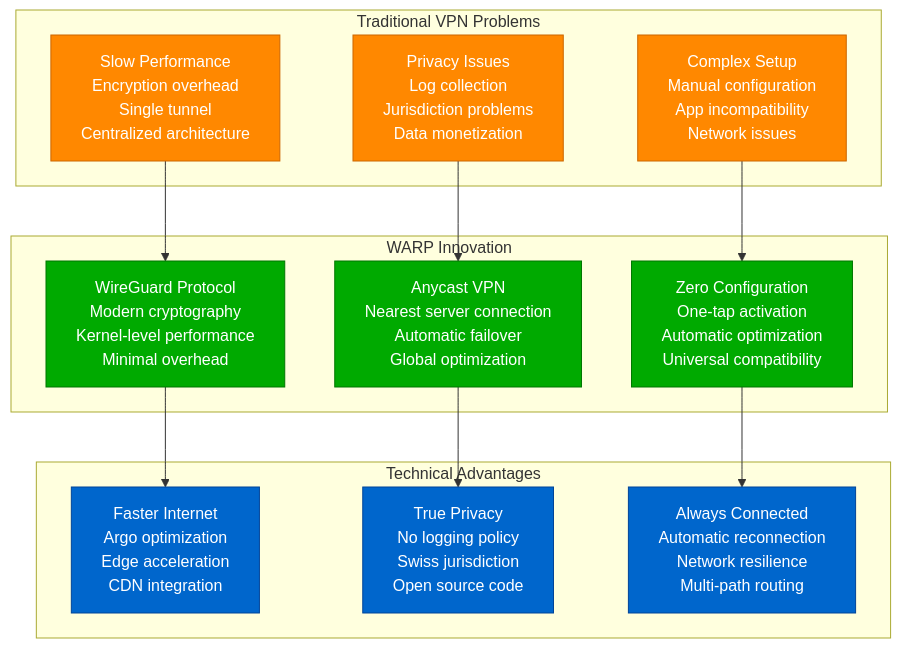
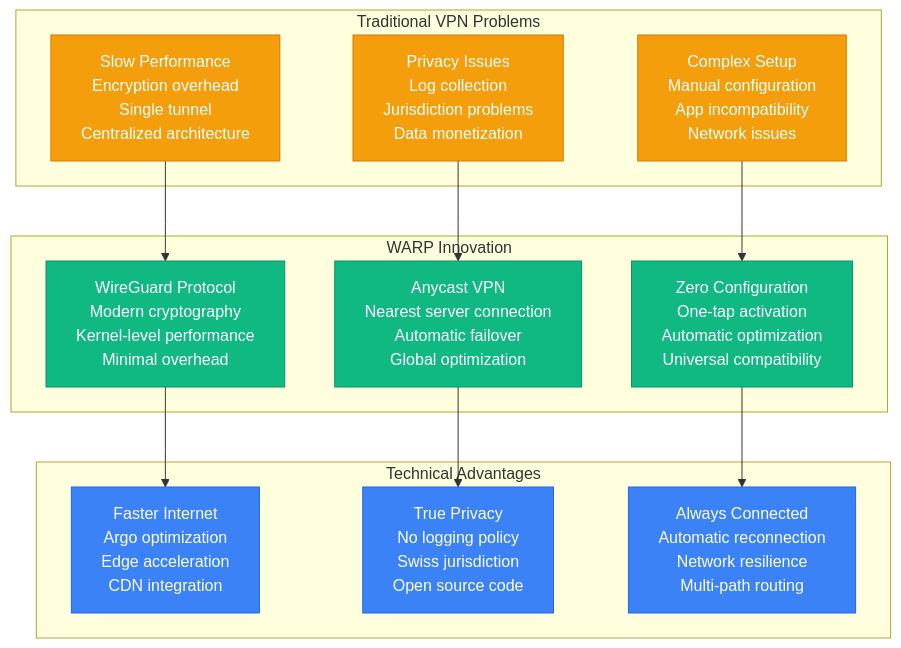
Before and after one commit to deepaucksharma/DS: the seventh of 8 diagrams in site/docs/systems/cloudflare/novel-solutions.md, drawn with Mermaid. The commit also changed other lines of this file and 303 other files, not shown here.

````diff
--- a/site/docs/systems/cloudflare/novel-solutions.md
+++ b/site/docs/systems/cloudflare/novel-solutions.md
@@ -326,38 +326,38 @@
 ```mermaid
 graph TB
     subgraph "Traditional VPN Problems"
         SLOW_VPNS[Slow Performance<br/>Encryption overhead<br/>Single tunnel<br/>Centralized architecture]
         PRIVACY_CONCERNS[Privacy Issues<br/>Log collection<br/>Jurisdiction problems<br/>Data monetization]
         COMPLEX_SETUP[Complex Setup<br/>Manual configuration<br/>App incompatibility<br/>Network issues]
     end
 
     subgraph "WARP Innovation"
         WIREGUARD[WireGuard Protocol<br/>Modern cryptography<br/>Kernel-level performance<br/>Minimal overhead]
         ANYCAST_VPN[Anycast VPN<br/>Nearest server connection<br/>Automatic failover<br/>Global optimization]
         ZERO_CONFIG[Zero Configuration<br/>One-tap activation<br/>Automatic optimization<br/>Universal compatibility]
     end
 
     %% VPN evolution
     SLOW_VPNS --> WIREGUARD
     PRIVACY_CONCERNS --> ANYCAST_VPN
     COMPLEX_SETUP --> ZERO_CONFIG
 
     subgraph "Technical Advantages"
         PERFORMANCE[Faster Internet<br/>Argo optimization<br/>Edge acceleration<br/>CDN integration]
         PRIVACY[True Privacy<br/>No logging policy<br/>Swiss jurisdiction<br/>Open source code]
         RELIABILITY[Always Connected<br/>Automatic reconnection<br/>Network resilience<br/>Multi-path routing]
     end
 
     WIREGUARD --> PERFORMANCE
     ANYCAST_VPN --> PRIVACY
     ZERO_CONFIG --> RELIABILITY
 
     %% Apply VPN colors
-    classDef problemStyle fill:#FF8800,stroke:#CC6600,color:#fff
-    classDef solutionStyle fill:#00AA00,stroke:#007700,color:#fff
-    classDef advantageStyle fill:#0066CC,stroke:#004499,color:#fff
+    classDef problemStyle fill:#F59E0B,stroke:#D97706,color:#fff
+    classDef solutionStyle fill:#10B981,stroke:#059669,color:#fff
+    classDef advantageStyle fill:#3B82F6,stroke:#2563EB,color:#fff
 
     class SLOW_VPNS,PRIVACY_CONCERNS,COMPLEX_SETUP problemStyle
     class WIREGUARD,ANYCAST_VPN,ZERO_CONFIG solutionStyle
     class PERFORMANCE,PRIVACY,RELIABILITY advantageStyle
 ```
````
